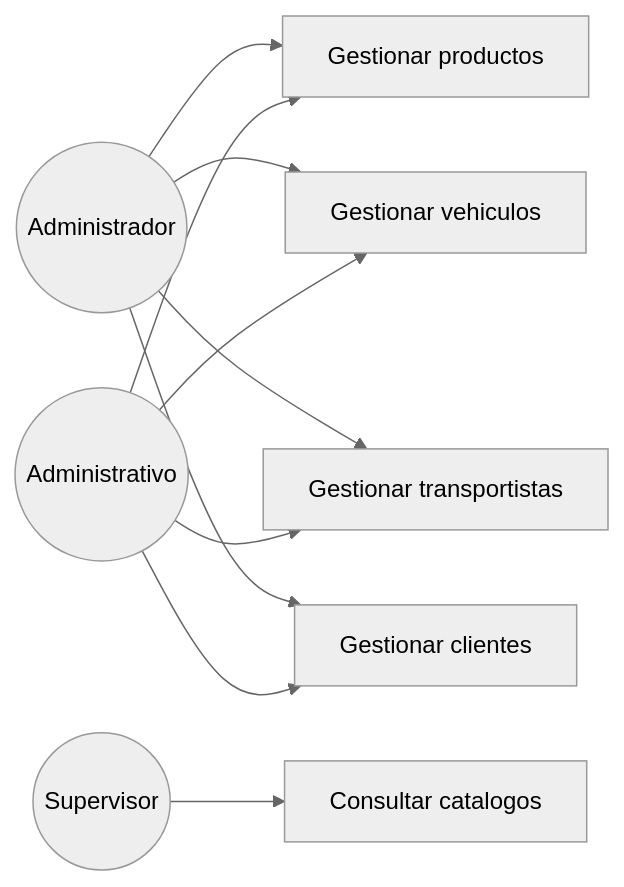
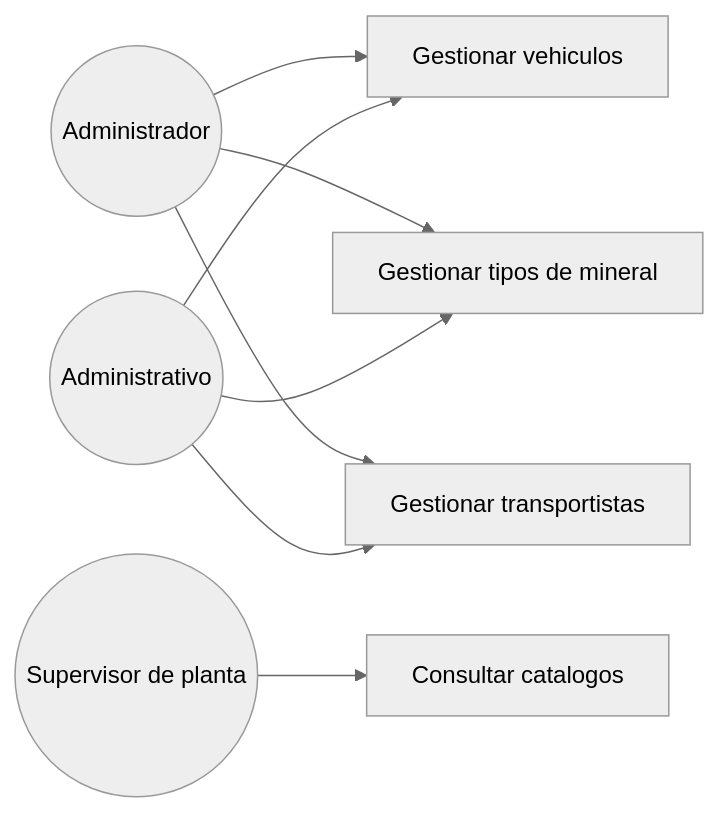
The diagram in docs/modulos/M02-catalogo/diagramas/caso_uso.md (adlerOmonte1/LogisticaMinera), drawn with Mermaid (neutral theme) before and after one commit. The commit also changed other lines of this file and 9 other files, not shown here.

````diff
--- a/docs/modulos/M02-catalogo/diagramas/caso_uso.md
+++ b/docs/modulos/M02-catalogo/diagramas/caso_uso.md
@@ -3,22 +3,19 @@
 ```mermaid
 flowchart LR
     ADM(("Administrador"))
     ADV(("Administrativo"))
-    SUP(("Supervisor"))
+    SUP(("Supervisor de planta"))
 
-    UC1["Gestionar productos"]
-    UC2["Gestionar vehiculos"]
+    UC1["Gestionar vehiculos"]
+    UC2["Gestionar tipos de mineral"]
     UC3["Gestionar transportistas"]
-    UC4["Gestionar clientes"]
-    UC5["Consultar catalogos"]
+    UC4["Consultar catalogos"]
 
     ADM --> UC1
     ADM --> UC2
     ADM --> UC3
-    ADM --> UC4
     ADV --> UC1
     ADV --> UC2
     ADV --> UC3
-    ADV --> UC4
-    SUP --> UC5
+    SUP --> UC4
 ```
````
